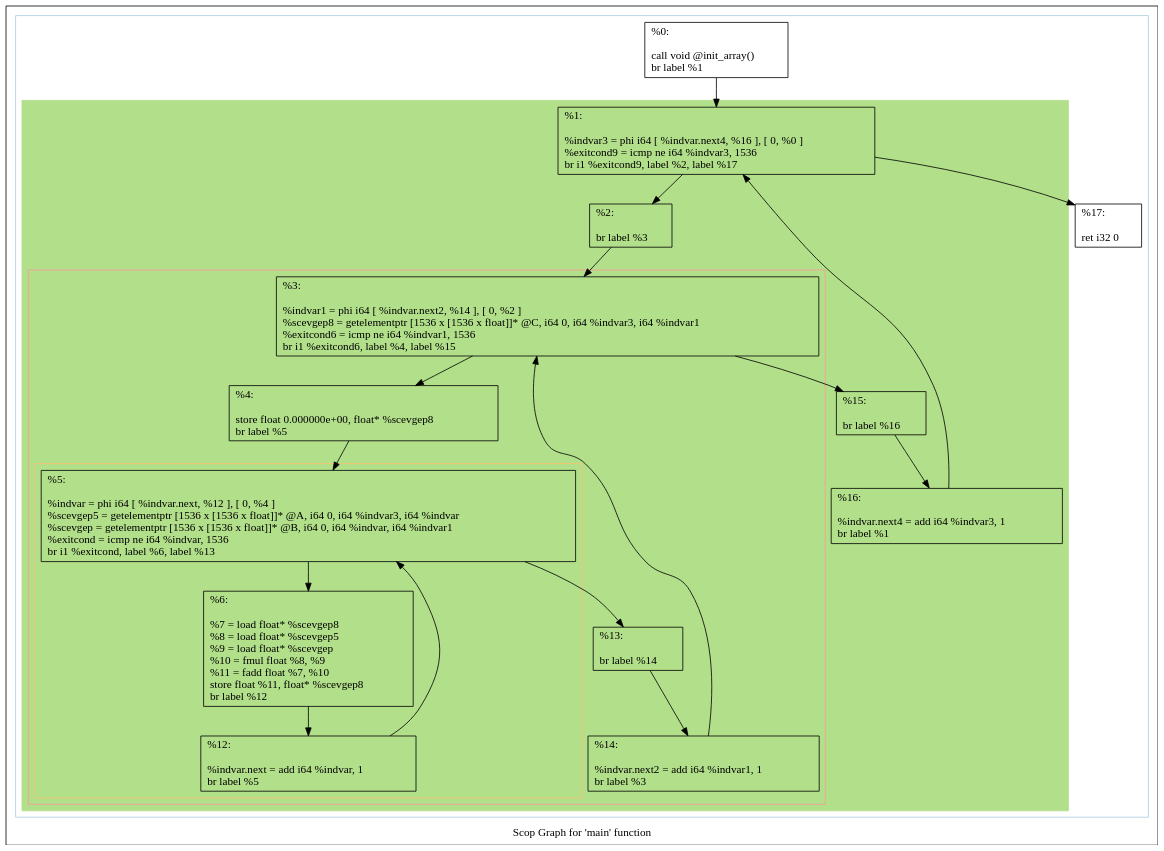
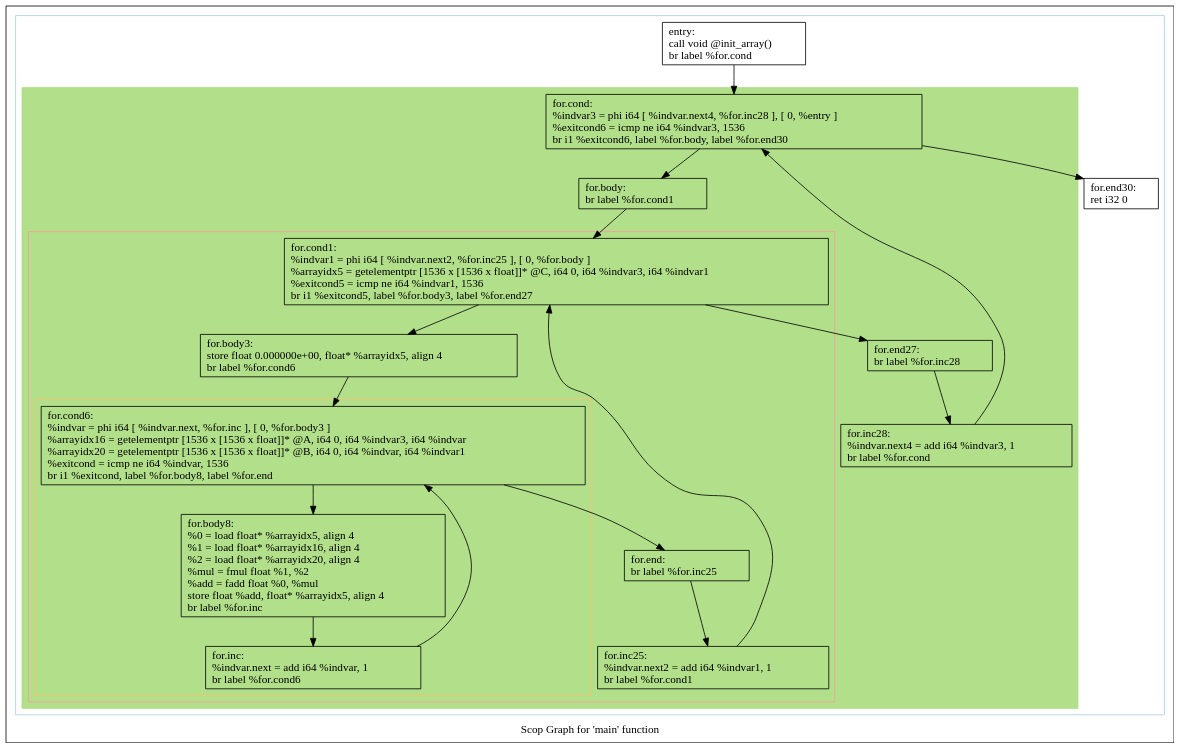
One commit to intel/quantum-intrinsics changed the diagram in polly/www/experiments/matmul/scops.main.dot. Above: the diagram before and after it, drawn with Graphviz. The commit also changed 36 other files, not shown here.

```diff
--- a/polly/www/experiments/matmul/scops.main.dot
+++ b/polly/www/experiments/matmul/scops.main.dot
@@ -1,65 +1,65 @@
 digraph "Scop Graph for 'main' function" {
 	label="Scop Graph for 'main' function";
 
-	Node0x26ace10 [shape=record,label="{%0:\l\l  call void @init_array()\l  br label %1\l}"];
-	Node0x26ace10 -> Node0x26acd60;
-	Node0x26acd60 [shape=record,label="{%1:\l\l  %indvar3 = phi i64 [ %indvar.next4, %16 ], [ 0, %0 ]\l  %exitcond9 = icmp ne i64 %indvar3, 1536\l  br i1 %exitcond9, label %2, label %17\l}"];
-	Node0x26acd60 -> Node0x26acd80;
-	Node0x26acd60 -> Node0x26af2e0;
-	Node0x26acd80 [shape=record,label="{%2:\l\l  br label %3\l}"];
-	Node0x26acd80 -> Node0x26aee80;
-	Node0x26aee80 [shape=record,label="{%3:\l\l  %indvar1 = phi i64 [ %indvar.next2, %14 ], [ 0, %2 ]\l  %scevgep8 = getelementptr [1536 x [1536 x float]]* @C, i64 0, i64 %indvar3, i64 %indvar1\l  %exitcond6 = icmp ne i64 %indvar1, 1536\l  br i1 %exitcond6, label %4, label %15\l}"];
-	Node0x26aee80 -> Node0x26aeea0;
-	Node0x26aee80 -> Node0x26aeec0;
-	Node0x26aeea0 [shape=record,label="{%4:\l\l  store float 0.000000e+00, float* %scevgep8\l  br label %5\l}"];
-	Node0x26aeea0 -> Node0x26aced0;
-	Node0x26aced0 [shape=record,label="{%5:\l\l  %indvar = phi i64 [ %indvar.next, %12 ], [ 0, %4 ]\l  %scevgep5 = getelementptr [1536 x [1536 x float]]* @A, i64 0, i64 %indvar3, i64 %indvar\l  %scevgep = getelementptr [1536 x [1536 x float]]* @B, i64 0, i64 %indvar, i64 %indvar1\l  %exitcond = icmp ne i64 %indvar, 1536\l  br i1 %exitcond, label %6, label %13\l}"];
-	Node0x26aced0 -> Node0x26ace60;
-	Node0x26aced0 -> Node0x26af5e0;
-	Node0x26ace60 [shape=record,label="{%6:\l\l  %7 = load float* %scevgep8\l  %8 = load float* %scevgep5\l  %9 = load float* %scevgep\l  %10 = fmul float %8, %9\l  %11 = fadd float %7, %10\l  store float %11, float* %scevgep8\l  br label %12\l}"];
-	Node0x26ace60 -> Node0x26af640;
-	Node0x26af640 [shape=record,label="{%12:\l\l  %indvar.next = add i64 %indvar, 1\l  br label %5\l}"];
-	Node0x26af640 -> Node0x26aced0[constraint=false];
-	Node0x26af5e0 [shape=record,label="{%13:\l\l  br label %14\l}"];
-	Node0x26af5e0 -> Node0x26af6e0;
-	Node0x26af6e0 [shape=record,label="{%14:\l\l  %indvar.next2 = add i64 %indvar1, 1\l  br label %3\l}"];
-	Node0x26af6e0 -> Node0x26aee80[constraint=false];
-	Node0x26aeec0 [shape=record,label="{%15:\l\l  br label %16\l}"];
-	Node0x26aeec0 -> Node0x26af740;
-	Node0x26af740 [shape=record,label="{%16:\l\l  %indvar.next4 = add i64 %indvar3, 1\l  br label %1\l}"];
-	Node0x26af740 -> Node0x26acd60[constraint=false];
-	Node0x26af2e0 [shape=record,label="{%17:\l\l  ret i32 0\l}"];
+	Node0x17d21a0 [shape=record,label="{entry:\l  call void @init_array()\l  br label %for.cond\l}"];
+	Node0x17d21a0 -> Node0x17d2020;
+	Node0x17d2020 [shape=record,label="{for.cond:                                         \l  %indvar3 = phi i64 [ %indvar.next4, %for.inc28 ], [ 0, %entry ]\l  %exitcond6 = icmp ne i64 %indvar3, 1536\l  br i1 %exitcond6, label %for.body, label %for.end30\l}"];
+	Node0x17d2020 -> Node0x17d3950;
+	Node0x17d2020 -> Node0x17da500;
+	Node0x17d3950 [shape=record,label="{for.body:                                         \l  br label %for.cond1\l}"];
+	Node0x17d3950 -> Node0x17da760;
+	Node0x17da760 [shape=record,label="{for.cond1:                                        \l  %indvar1 = phi i64 [ %indvar.next2, %for.inc25 ], [ 0, %for.body ]\l  %arrayidx5 = getelementptr [1536 x [1536 x float]]* @C, i64 0, i64 %indvar3, i64 %indvar1\l  %exitcond5 = icmp ne i64 %indvar1, 1536\l  br i1 %exitcond5, label %for.body3, label %for.end27\l}"];
+	Node0x17da760 -> Node0x17db1e0;
+	Node0x17da760 -> Node0x17db250;
+	Node0x17db1e0 [shape=record,label="{for.body3:                                        \l  store float 0.000000e+00, float* %arrayidx5, align 4\l  br label %for.cond6\l}"];
+	Node0x17db1e0 -> Node0x17da740;
+	Node0x17da740 [shape=record,label="{for.cond6:                                        \l  %indvar = phi i64 [ %indvar.next, %for.inc ], [ 0, %for.body3 ]\l  %arrayidx16 = getelementptr [1536 x [1536 x float]]* @A, i64 0, i64 %indvar3, i64 %indvar\l  %arrayidx20 = getelementptr [1536 x [1536 x float]]* @B, i64 0, i64 %indvar, i64 %indvar1\l  %exitcond = icmp ne i64 %indvar, 1536\l  br i1 %exitcond, label %for.body8, label %for.end\l}"];
+	Node0x17da740 -> Node0x17da5a0;
+	Node0x17da740 -> Node0x17da800;
+	Node0x17da5a0 [shape=record,label="{for.body8:                                        \l  %0 = load float* %arrayidx5, align 4\l  %1 = load float* %arrayidx16, align 4\l  %2 = load float* %arrayidx20, align 4\l  %mul = fmul float %1, %2\l  %add = fadd float %0, %mul\l  store float %add, float* %arrayidx5, align 4\l  br label %for.inc\l}"];
+	Node0x17da5a0 -> Node0x17da5c0;
+	Node0x17da5c0 [shape=record,label="{for.inc:                                          \l  %indvar.next = add i64 %indvar, 1\l  br label %for.cond6\l}"];
+	Node0x17da5c0 -> Node0x17da740[constraint=false];
+	Node0x17da800 [shape=record,label="{for.end:                                          \l  br label %for.inc25\l}"];
+	Node0x17da800 -> Node0x17dae20;
+	Node0x17dae20 [shape=record,label="{for.inc25:                                        \l  %indvar.next2 = add i64 %indvar1, 1\l  br label %for.cond1\l}"];
+	Node0x17dae20 -> Node0x17da760[constraint=false];
+	Node0x17db250 [shape=record,label="{for.end27:                                        \l  br label %for.inc28\l}"];
+	Node0x17db250 -> Node0x17dae80;
+	Node0x17dae80 [shape=record,label="{for.inc28:                                        \l  %indvar.next4 = add i64 %indvar3, 1\l  br label %for.cond\l}"];
+	Node0x17dae80 -> Node0x17d2020[constraint=false];
+	Node0x17da500 [shape=record,label="{for.end30:                                        \l  ret i32 0\l}"];
 	colorscheme = "paired12"
-        subgraph cluster_0x26a8b20 {
+        subgraph cluster_0x17d3f30 {
           label = "";
           style = solid;
           color = 1
-          subgraph cluster_0x26a9220 {
+          subgraph cluster_0x17d38d0 {
             label = "";
             style = filled;
-            color = 3            subgraph cluster_0x26ad500 {
+            color = 3            subgraph cluster_0x17d3850 {
               label = "";
               style = solid;
               color = 5
-              subgraph cluster_0x26ad480 {
+              subgraph cluster_0x17d37d0 {
                 label = "";
                 style = solid;
                 color = 7
-                Node0x26aced0;
-                Node0x26ace60;
-                Node0x26af640;
+                Node0x17da740;
+                Node0x17da5a0;
+                Node0x17da5c0;
               }
-              Node0x26aee80;
-              Node0x26aeea0;
-              Node0x26af5e0;
-              Node0x26af6e0;
+              Node0x17da760;
+              Node0x17db1e0;
+              Node0x17da800;
+              Node0x17dae20;
             }
-            Node0x26acd60;
-            Node0x26acd80;
-            Node0x26aeec0;
-            Node0x26af740;
+            Node0x17d2020;
+            Node0x17d3950;
+            Node0x17db250;
+            Node0x17dae80;
           }
-          Node0x26ace10;
-          Node0x26af2e0;
+          Node0x17d21a0;
+          Node0x17da500;
         }
 }
```
